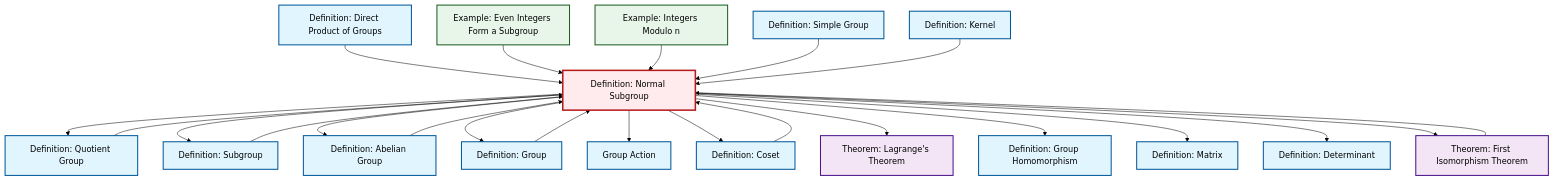
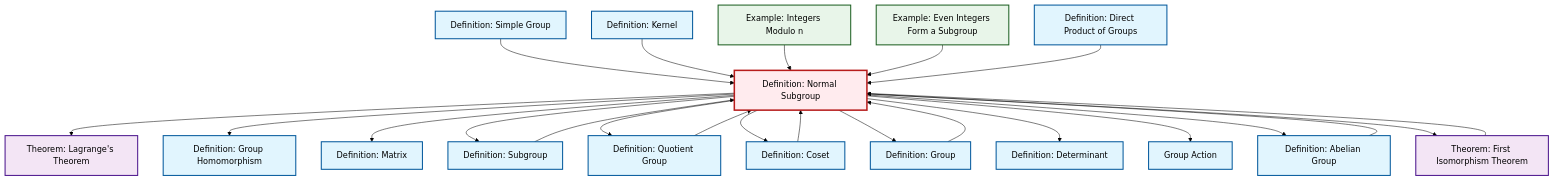
Before and after one commit to RK0429/ModernMath: the diagram in content/en/algebra/def-normal-subgroup.qmd, drawn with Mermaid (forest theme). The commit also changed other lines of this file and 619 other files, not shown here.

````diff
--- a/content/en/algebra/def-normal-subgroup.qmd
+++ b/content/en/algebra/def-normal-subgroup.qmd
@@ -95,65 +95,65 @@
 ```{mermaid}
 %%| fig-cap: "Local dependency graph"
 graph TD
     classDef definition fill:#e1f5fe,stroke:#01579b,stroke-width:2px
     classDef theorem fill:#f3e5f5,stroke:#4a148c,stroke-width:2px
     classDef axiom fill:#fff3e0,stroke:#e65100,stroke-width:2px
     classDef example fill:#e8f5e9,stroke:#1b5e20,stroke-width:2px
     classDef current fill:#ffebee,stroke:#b71c1c,stroke-width:3px
+    def-normal-subgroup["Definition: Normal Subgroup"]:::definition
+    def-abelian-group["Definition: Abelian Group"]:::definition
     thm-lagrange["Theorem: Lagrange's Theorem"]:::theorem
+    def-group["Definition: Group"]:::definition
+    def-determinant["Definition: Determinant"]:::definition
+    def-kernel["Definition: Kernel"]:::definition
+    def-subgroup["Definition: Subgroup"]:::definition
+    thm-first-isomorphism["Theorem: First Isomorphism Theorem"]:::theorem
+    def-quotient-group["Definition: Quotient Group"]:::definition
     ex-even-integers-subgroup["Example: Even Integers Form a Subgroup"]:::example
-    def-group-action["Group Action"]:::definition
-    def-simple-group["Definition: Simple Group"]:::definition
+    def-coset["Definition: Coset"]:::definition
     ex-quotient-integers-mod-n["Example: Integers Modulo n"]:::example
     def-homomorphism["Definition: Group Homomorphism"]:::definition
+    def-matrix["Definition: Matrix"]:::definition
+    def-simple-group["Definition: Simple Group"]:::definition
+    def-group-action["Group Action"]:::definition
     def-direct-product["Definition: Direct Product of Groups"]:::definition
-    def-matrix["Definition: Matrix"]:::definition
-    def-coset["Definition: Coset"]:::definition
-    def-kernel["Definition: Kernel"]:::definition
-    def-determinant["Definition: Determinant"]:::definition
-    def-normal-subgroup["Definition: Normal Subgroup"]:::definition
-    def-abelian-group["Definition: Abelian Group"]:::definition
-    def-quotient-group["Definition: Quotient Group"]:::definition
-    thm-first-isomorphism["Theorem: First Isomorphism Theorem"]:::theorem
-    def-group["Definition: Group"]:::definition
-    def-subgroup["Definition: Subgroup"]:::definition
+    def-normal-subgroup --> thm-lagrange
+    def-simple-group --> def-normal-subgroup
     def-coset --> def-normal-subgroup
+    def-normal-subgroup --> def-homomorphism
+    def-abelian-group --> def-normal-subgroup
+    def-kernel --> def-normal-subgroup
+    def-normal-subgroup --> def-matrix
+    def-normal-subgroup --> def-subgroup
+    ex-quotient-integers-mod-n --> def-normal-subgroup
+    def-normal-subgroup --> def-quotient-group
+    thm-first-isomorphism --> def-normal-subgroup
+    def-normal-subgroup --> def-coset
+    def-quotient-group --> def-normal-subgroup
+    def-normal-subgroup --> def-group
+    ex-even-integers-subgroup --> def-normal-subgroup
+    def-group --> def-normal-subgroup
+    def-normal-subgroup --> def-determinant
+    def-subgroup --> def-normal-subgroup
+    def-normal-subgroup --> def-group-action
+    def-normal-subgroup --> def-abelian-group
     def-direct-product --> def-normal-subgroup
-    def-normal-subgroup --> def-quotient-group
-    ex-even-integers-subgroup --> def-normal-subgroup
-    def-normal-subgroup --> def-subgroup
-    def-normal-subgroup --> def-abelian-group
-    ex-quotient-integers-mod-n --> def-normal-subgroup
-    def-normal-subgroup --> def-group
-    thm-first-isomorphism --> def-normal-subgroup
-    def-normal-subgroup --> def-group-action
-    def-normal-subgroup --> def-coset
-    def-normal-subgroup --> thm-lagrange
-    def-normal-subgroup --> def-homomorphism
-    def-normal-subgroup --> def-matrix
-    def-normal-subgroup --> def-determinant
-    def-simple-group --> def-normal-subgroup
-    def-kernel --> def-normal-subgroup
-    def-quotient-group --> def-normal-subgroup
     def-normal-subgroup --> thm-first-isomorphism
-    def-subgroup --> def-normal-subgroup
-    def-group --> def-normal-subgroup
-    def-abelian-group --> def-normal-subgroup
     class def-normal-subgroup current
+    click def-abelian-group "def-abelian-group.html" "Go to Abelian Group definition"
     click thm-lagrange "thm-lagrange.html" "Go to Lagrange's Theorem theorem"
+    click def-group "def-group.html" "Go to Group definition"
+    click def-determinant "def-determinant.html" "Go to Determinant definition"
+    click def-kernel "def-kernel.html" "Go to Kernel definition"
+    click def-subgroup "def-subgroup.html" "Go to Subgroup definition"
+    click thm-first-isomorphism "thm-first-isomorphism.html" "Go to First Isomorphism Theorem theorem"
+    click def-quotient-group "def-quotient-group.html" "Go to Quotient Group definition"
     click ex-even-integers-subgroup "ex-even-integers-subgroup.html" "Go to Even Integers Form a Subgroup example"
-    click def-group-action "def-group-action.html" "Go to Group Action"
-    click def-simple-group "def-simple-group.html" "Go to Simple Group definition"
+    click def-coset "def-coset.html" "Go to Coset definition"
     click ex-quotient-integers-mod-n "ex-quotient-integers-mod-n.html" "Go to Integers Modulo n example"
     click def-homomorphism "def-homomorphism.html" "Go to Group Homomorphism definition"
+    click def-matrix "def-matrix.html" "Go to Matrix definition"
+    click def-simple-group "def-simple-group.html" "Go to Simple Group definition"
+    click def-group-action "def-group-action.html" "Go to Group Action"
     click def-direct-product "def-direct-product.html" "Go to Direct Product of Groups definition"
-    click def-matrix "def-matrix.html" "Go to Matrix definition"
-    click def-coset "def-coset.html" "Go to Coset definition"
-    click def-kernel "def-kernel.html" "Go to Kernel definition"
-    click def-determinant "def-determinant.html" "Go to Determinant definition"
-    click def-abelian-group "def-abelian-group.html" "Go to Abelian Group definition"
-    click def-quotient-group "def-quotient-group.html" "Go to Quotient Group definition"
-    click thm-first-isomorphism "thm-first-isomorphism.html" "Go to First Isomorphism Theorem theorem"
-    click def-group "def-group.html" "Go to Group definition"
-    click def-subgroup "def-subgroup.html" "Go to Subgroup definition"
 ```
````
